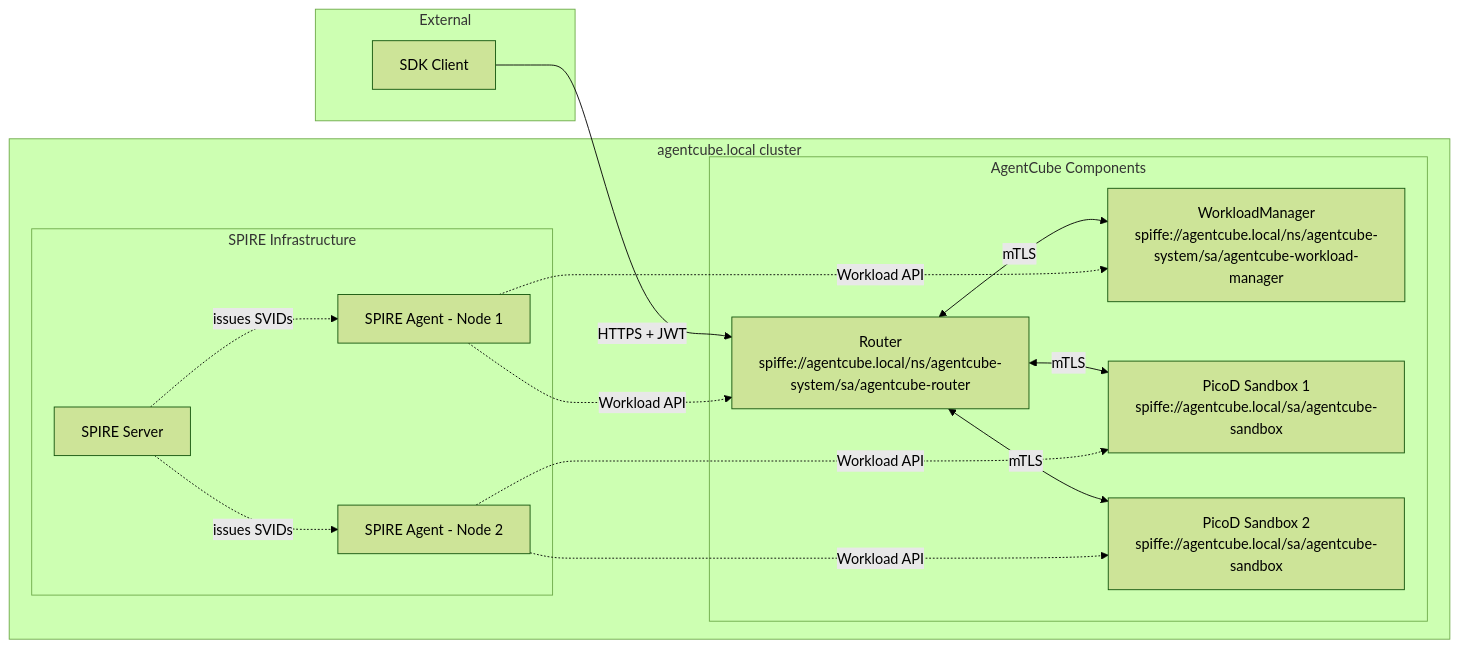
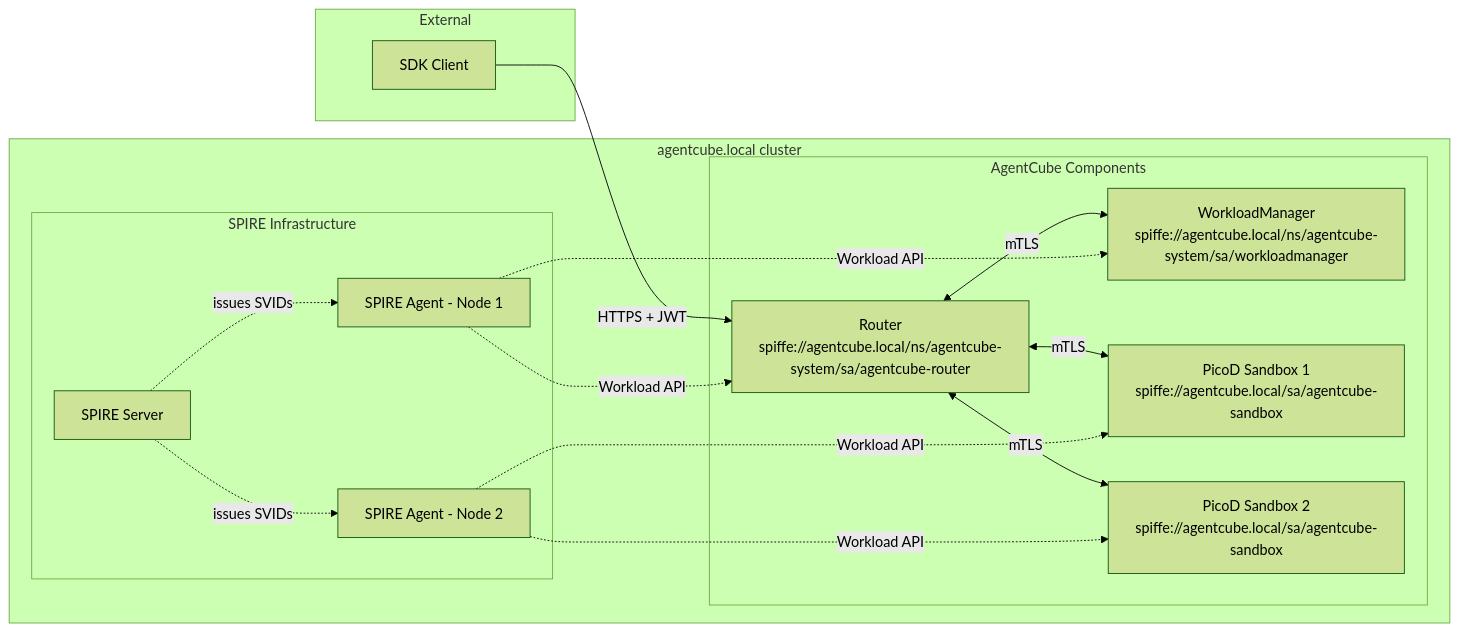
One commit to volcano-sh/agentcube changed the first of 3 diagrams in docs/design/auth-proposal.md. Above: the diagram before and after it, drawn with Mermaid (forest theme). The commit also changed other lines of this file, not shown here.

Commit message:
docs: changed name of agentcube-workload-manager back to original workloagmanager

````diff
--- a/docs/design/auth-proposal.md
+++ b/docs/design/auth-proposal.md
@@ -394,33 +394,33 @@
 ```mermaid
 graph LR
     subgraph External
         SDK[SDK Client]
     end
 
     subgraph "agentcube.local cluster"
         subgraph "SPIRE Infrastructure"
             SS[SPIRE Server]
             SA1[SPIRE Agent - Node 1]
             SA2[SPIRE Agent - Node 2]
         end
 
         subgraph "AgentCube Components"
             R["Router<br/>spiffe://agentcube.local/ns/agentcube-system/sa/agentcube-router"]
-            WM["WorkloadManager<br/>spiffe://agentcube.local/ns/agentcube-system/sa/agentcube-workload-manager"]
+            WM["WorkloadManager<br/>spiffe://agentcube.local/ns/agentcube-system/sa/workloadmanager"]
             P1["PicoD Sandbox 1<br/>spiffe://agentcube.local/sa/agentcube-sandbox"]
             P2["PicoD Sandbox 2<br/>spiffe://agentcube.local/sa/agentcube-sandbox"]
         end
     end
 
     SS -.->|issues SVIDs| SA1
     SS -.->|issues SVIDs| SA2
     SA1 -.->|Workload API| R
     SA1 -.->|Workload API| WM
     SA2 -.->|Workload API| P1
     SA2 -.->|Workload API| P2
 
     SDK -->|"HTTPS + JWT"| R
     R <-->|mTLS| WM
     R <-->|mTLS| P1
     R <-->|mTLS| P2
 ```
````
